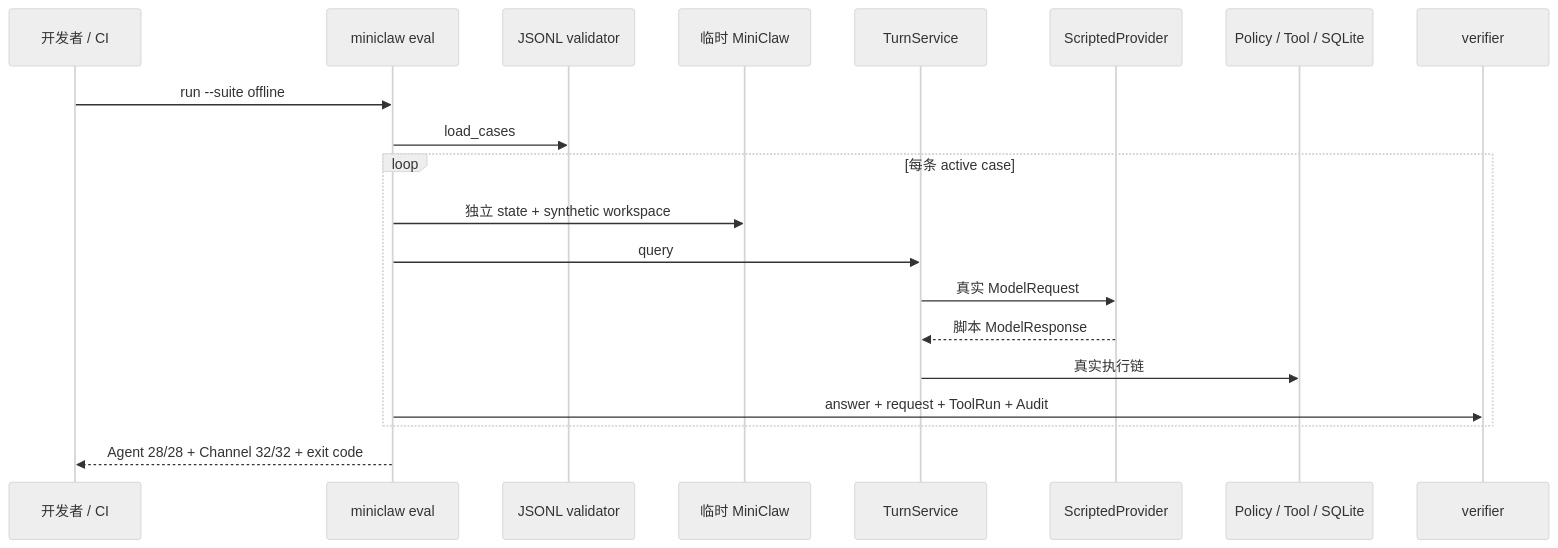
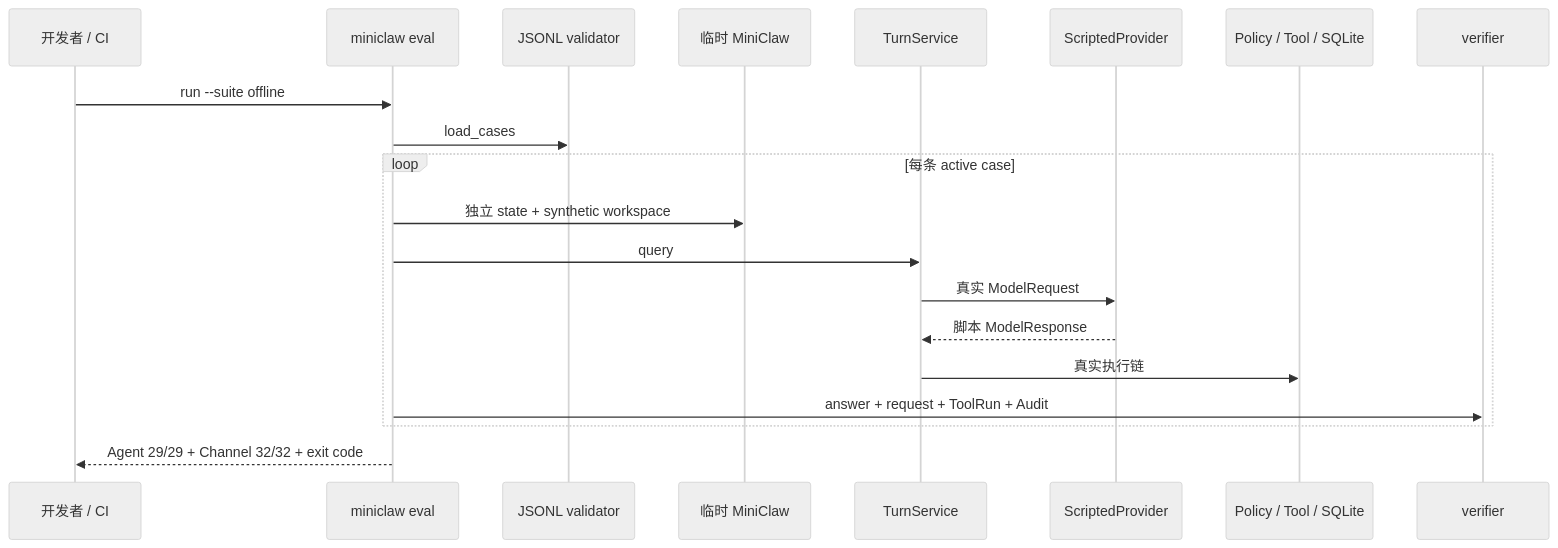
Before and after one commit to NEDONION/lobster0: diagram 11 of 13 in docs/architecture/20260807_系统架构.md, drawn with Mermaid (neutral theme). The commit also changed other lines of this file and 58 other files, not shown here.

````diff
--- a/docs/architecture/20260807_系统架构.md
+++ b/docs/architecture/20260807_系统架构.md
@@ -328,23 +332,23 @@
 ```mermaid
 sequenceDiagram
     participant Dev as 开发者 / CI
     participant CLI as miniclaw eval
     participant Loader as JSONL validator
     participant Temp as 临时 MiniClaw
     participant Turn as TurnService
     participant Fake as ScriptedProvider
     participant Tool as Policy / Tool / SQLite
     participant Verify as verifier
 
     Dev->>CLI: run --suite offline
     CLI->>Loader: load_cases
     loop 每条 active case
         CLI->>Temp: 独立 state + synthetic workspace
         CLI->>Turn: query
         Turn->>Fake: 真实 ModelRequest
         Fake-->>Turn: 脚本 ModelResponse
         Turn->>Tool: 真实执行链
         CLI->>Verify: answer + request + ToolRun + Audit
     end
-    CLI-->>Dev: Agent 28/28 + Channel 32/32 + exit code
+    CLI-->>Dev: Agent 29/29 + Channel 32/32 + exit code
 ```
````
